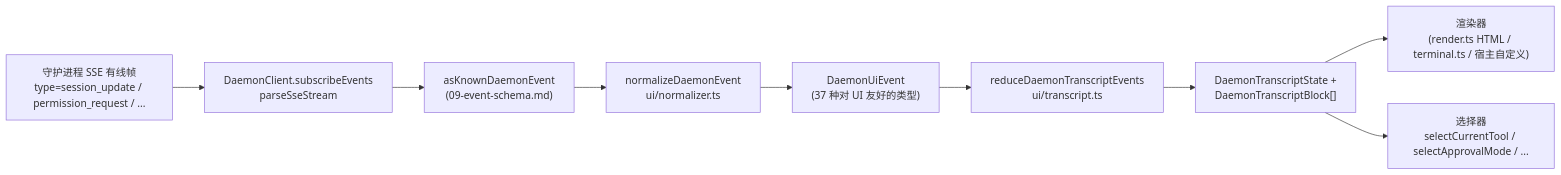
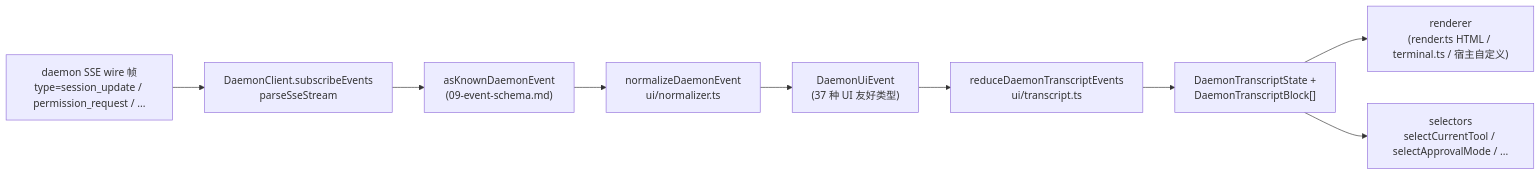
Before and after one commit to QwenLM/qwen-code-docs: the diagram in website/content/zh/developers/daemon/14-cli-tui-adapter.md, drawn with Mermaid. The commit also changed other lines of this file and 162 other files, not shown here.

````diff
--- a/website/content/zh/developers/daemon/14-cli-tui-adapter.md
+++ b/website/content/zh/developers/daemon/14-cli-tui-adapter.md
@@ -114,12 +114,12 @@
 ```mermaid
 flowchart LR
-    A["守护进程 SSE 有线帧<br/>type=session_update / permission_request / ..."]
+    A["daemon SSE wire 帧<br/>type=session_update / permission_request / ..."]
     A --> B["DaemonClient.subscribeEvents<br/>parseSseStream"]
     B --> C["asKnownDaemonEvent<br/>(09-event-schema.md)"]
     C --> D["normalizeDaemonEvent<br/>ui/normalizer.ts"]
-    D --> E["DaemonUiEvent<br/>(37 种对 UI 友好的类型)"]
+    D --> E["DaemonUiEvent<br/>(37 种 UI 友好类型)"]
     E --> F["reduceDaemonTranscriptEvents<br/>ui/transcript.ts"]
     F --> G["DaemonTranscriptState +<br/>DaemonTranscriptBlock[]"]
-    G --> H["渲染器<br/>(render.ts HTML / terminal.ts / 宿主自定义)"]
-    G --> I["选择器<br/>selectCurrentTool / selectApprovalMode / ..."]
+    G --> H["renderer<br/>(render.ts HTML / terminal.ts / 宿主自定义)"]
+    G --> I["selectors<br/>selectCurrentTool / selectApprovalMode / ..."]
 ```
````
